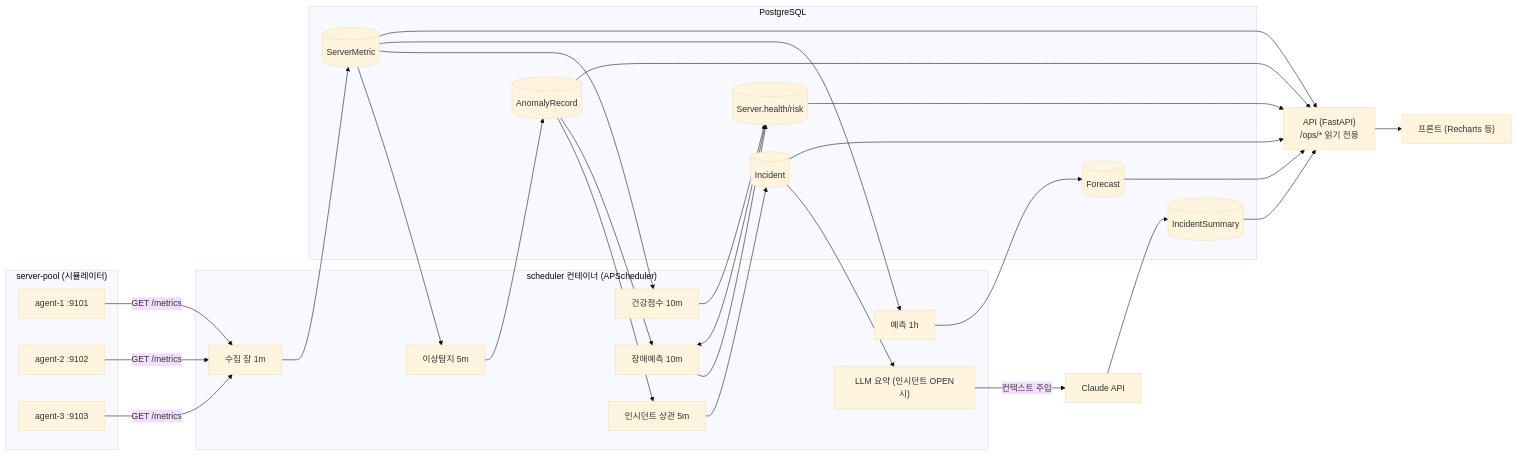
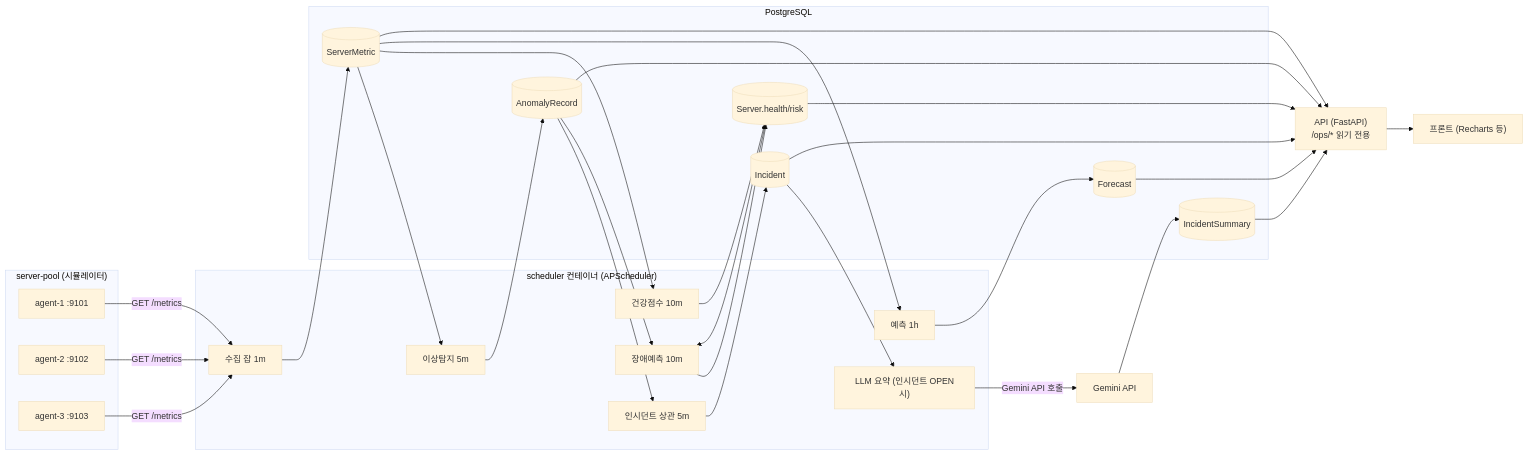
Before and after one commit to 2026-SE-TEAM-4/diagram-and-docs: the second of 2 diagrams in docs-web/docs/04-design/ai-ops-implementation.md, drawn with Mermaid (base theme). The commit also changed other lines of this file and 3 other files, not shown here.

First line of the commit message:
docs: LLM 원인 요약 제공자 Claude → Gemini 반영 (F34)

````diff
--- a/docs-web/docs/04-design/ai-ops-implementation.md
+++ b/docs-web/docs/04-design/ai-ops-implementation.md
@@ -99,37 +99,37 @@
 ```mermaid
 flowchart LR
     subgraph SP["server-pool (시뮬레이터)"]
       A1["agent-1 :9101"]
       A2["agent-2 :9102"]
       A3["agent-3 :9103"]
     end
     subgraph SCH["scheduler 컨테이너 (APScheduler)"]
       J0["수집 잡 1m"]
       J27["이상탐지 5m"]
       J28["건강점수 10m"]
       JC["인시던트 상관 5m"]
       JA["예측 1h"]
       JB["장애예측 10m"]
       JD["LLM 요약 (인시던트 OPEN시)"]
     end
     subgraph DB["PostgreSQL"]
       M[("ServerMetric")]
       AN[("AnomalyRecord")]
       SV[("Server.health/risk")]
       IN[("Incident")]
       FC[("Forecast")]
       IS[("IncidentSummary")]
     end
     API["API (FastAPI)<br/>/ops/* 읽기 전용"]
     FE["프론트 (Recharts 등)"]
-    CLA["Claude API"]
+    CLA["Gemini API"]
 
     A1 & A2 & A3 -->|GET /metrics| J0 --> M
     M --> J27 --> AN
     M --> J28 --> SV
     AN --> JC --> IN
     M --> JA --> FC
     SV & AN --> JB --> SV
-    IN --> JD -->|컨텍스트 주입| CLA --> IS
+    IN --> JD -->|Gemini API 호출| CLA --> IS
     M & AN & SV & IN & FC & IS --> API --> FE
 ```
````
